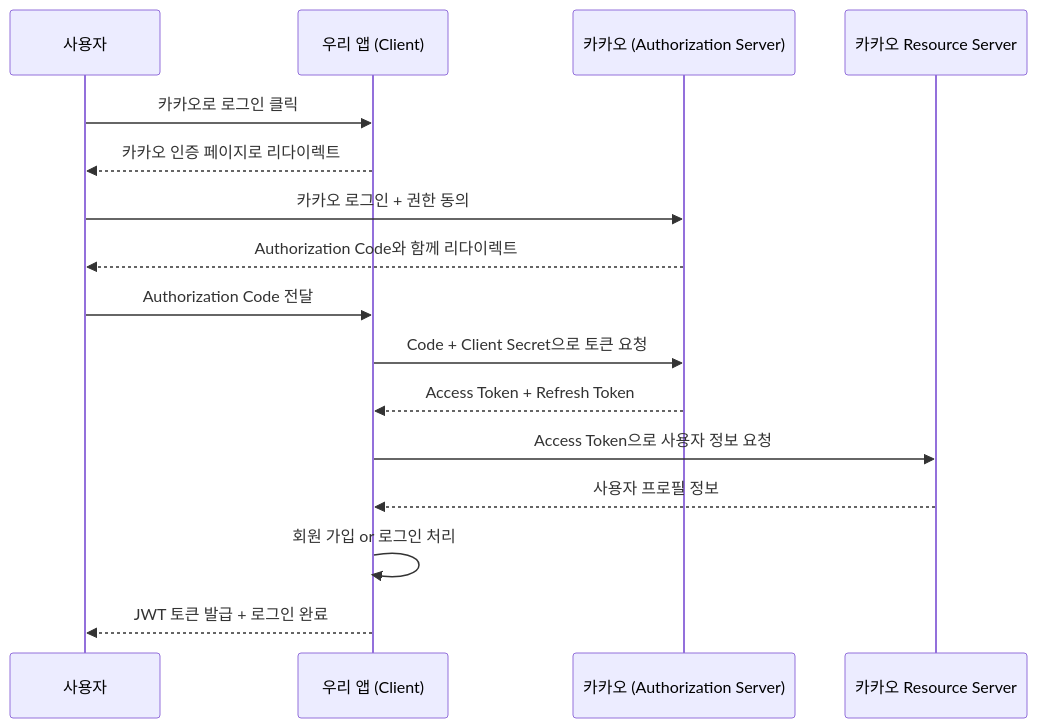
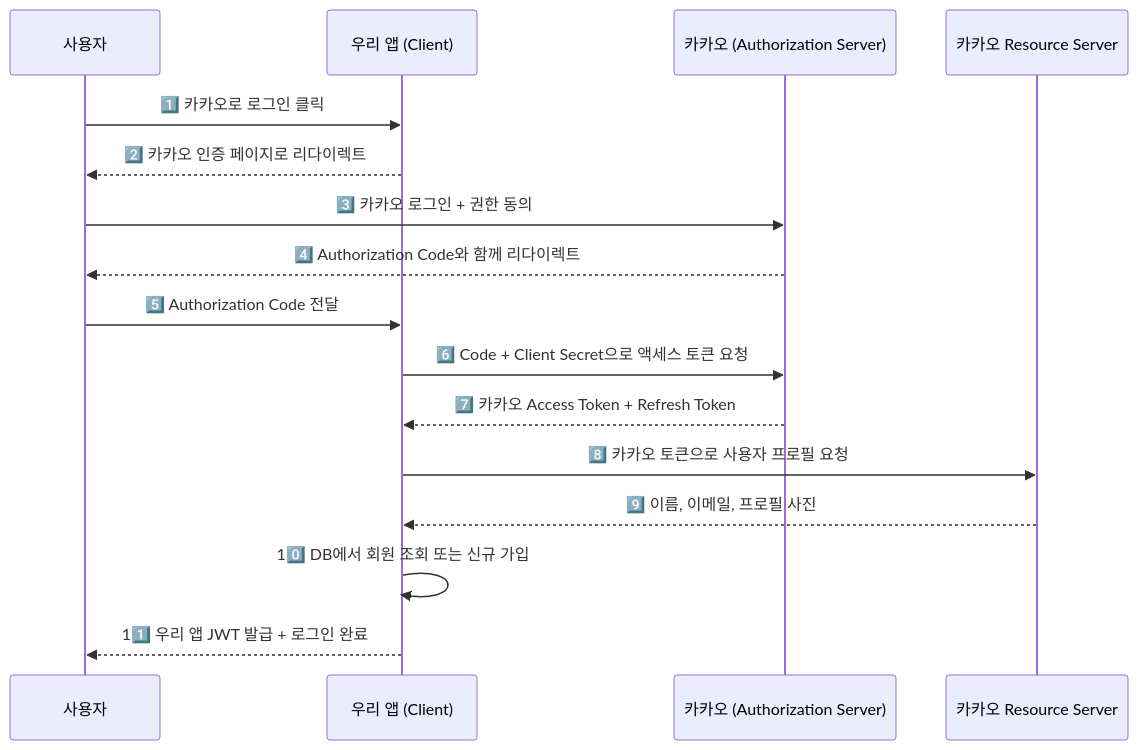
Before and after one commit to yjkim2015/yjkim2015.github.io: the fifth of 7 diagrams in _posts/spring/2026-05-02-spring-security-deep.md, drawn with Mermaid. The commit also changed other lines of this file and 92 other files, not shown here.

First line of the commit message:
Major quality rewrite: 98 files, Mermaid fix, extreme-scenario component

````diff
--- a/_posts/spring/2026-05-02-spring-security-deep.md
+++ b/_posts/spring/2026-05-02-spring-security-deep.md
@@ -358,19 +403,19 @@
 ```mermaid
 sequenceDiagram
     participant U as 사용자
     participant A as 우리 앱 (Client)
     participant K as 카카오 (Authorization Server)
     participant R as 카카오 Resource Server
 
-    U->>A: 카카오로 로그인 클릭
-    A-->>U: 카카오 인증 페이지로 리다이렉트
-    U->>K: 카카오 로그인 + 권한 동의
-    K-->>U: Authorization Code와 함께 리다이렉트
-    U->>A: Authorization Code 전달
-    A->>K: Code + Client Secret으로 토큰 요청
-    K-->>A: Access Token + Refresh Token
-    A->>R: Access Token으로 사용자 정보 요청
-    R-->>A: 사용자 프로필 정보
-    A->>A: 회원 가입 or 로그인 처리
-    A-->>U: JWT 토큰 발급 + 로그인 완료
+    U->>A: 1️⃣ 카카오로 로그인 클릭
+    A-->>U: 2️⃣ 카카오 인증 페이지로 리다이렉트
+    U->>K: 3️⃣ 카카오 로그인 + 권한 동의
+    K-->>U: 4️⃣ Authorization Code와 함께 리다이렉트
+    U->>A: 5️⃣ Authorization Code 전달
+    A->>K: 6️⃣ Code + Client Secret으로 액세스 토큰 요청
+    K-->>A: 7️⃣ 카카오 Access Token + Refresh Token
+    A->>R: 8️⃣ 카카오 토큰으로 사용자 프로필 요청
+    R-->>A: 9️⃣ 이름, 이메일, 프로필 사진
+    A->>A: 10️⃣ DB에서 회원 조회 또는 신규 가입
+    A-->>U: 11️⃣ 우리 앱 JWT 발급 + 로그인 완료
 ```
````
